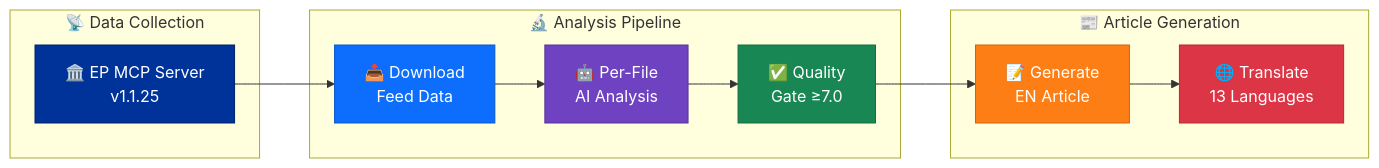
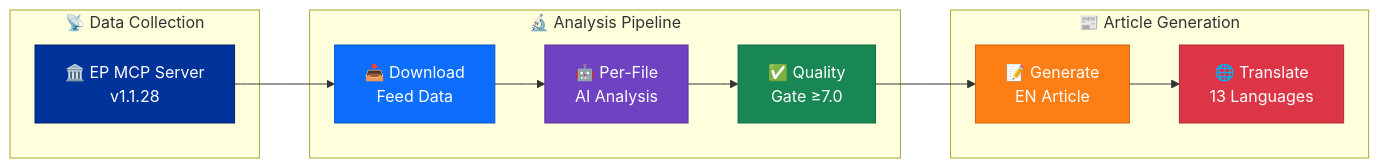
The first of 7 diagrams in docs/api/media/README-3.md (Hack23/euparliamentmonitor), drawn with Mermaid before and after one commit. The commit also changed other lines of this file and 1241 other files, not shown here.

````diff
--- a/docs/api/media/README-3.md
+++ b/docs/api/media/README-3.md
@@ -59,26 +63,26 @@
 ```mermaid
 flowchart LR
     subgraph "📡 Data Collection"
-        EP["🏛️ EP MCP Server\nv1.1.25"]
+        EP["🏛️ EP MCP Server\nv1.1.28"]
     end
 
     subgraph "🔬 Analysis Pipeline"
         DL["📥 Download\nFeed Data"]
         AI["🤖 Per-File\nAI Analysis"]
         QG["✅ Quality\nGate ≥7.0"]
     end
 
     subgraph "📰 Article Generation"
         GEN["📝 Generate\nEN Article"]
         TR["🌐 Translate\n13 Languages"]
     end
 
     EP --> DL --> AI --> QG --> GEN --> TR
 
     style EP fill:#003399,stroke:#002266,color:#fff
     style DL fill:#0d6efd,stroke:#0a58ca,color:#fff
     style AI fill:#6f42c1,stroke:#59359a,color:#fff
     style QG fill:#198754,stroke:#146c43,color:#fff
     style GEN fill:#fd7e14,stroke:#ca6510,color:#fff
     style TR fill:#dc3545,stroke:#b02a37,color:#fff
 ```
````
